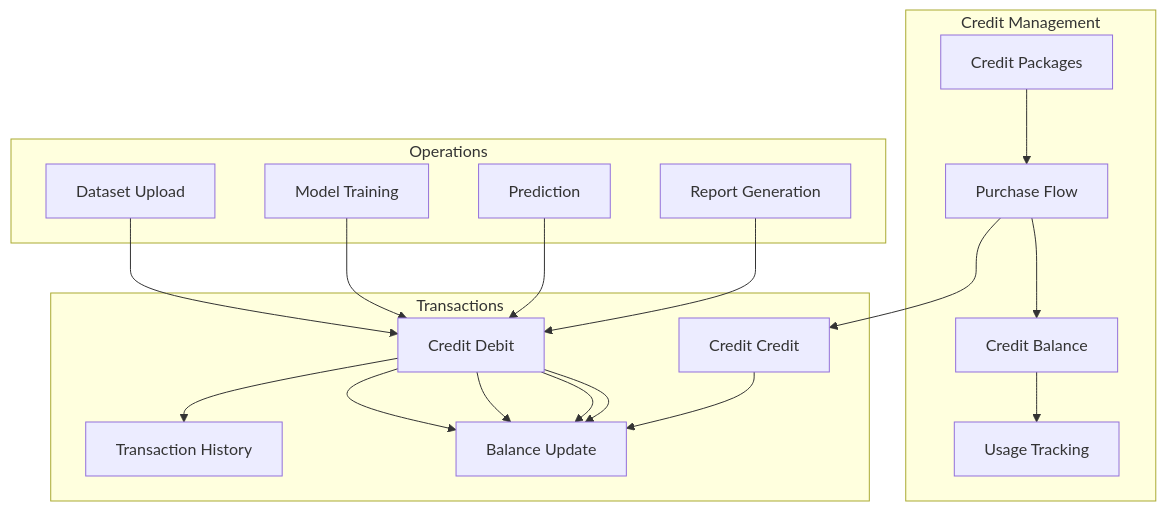
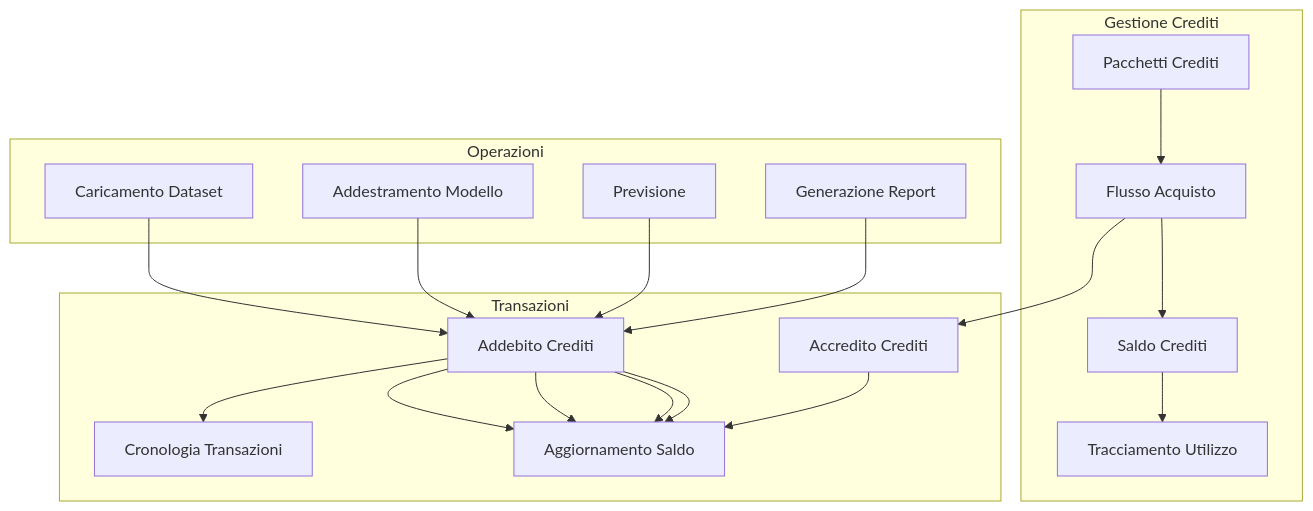
Before and after one commit to rosariomoscato/ValutAI: the seventh of 11 diagrams in ValutAI Tech Summary.md, drawn with Mermaid. The commit also changed other lines of this file and 3 other files, not shown here.

````diff
--- a/ValutAI Tech Summary.md
+++ b/ValutAI Tech Summary.md
@@ -412,31 +412,31 @@
 ```mermaid
 graph TD
-    subgraph "Credit Management"
-        A[Credit Packages]
-        B[Purchase Flow]
-        C[Credit Balance]
-        D[Usage Tracking]
+    subgraph "Gestione Crediti"
+        A[Pacchetti Crediti]
+        B[Flusso Acquisto]
+        C[Saldo Crediti]
+        D[Tracciamento Utilizzo]
     end
     
-    subgraph "Operations"
-        E[Dataset Upload]
-        F[Model Training]
-        G[Prediction]
-        H[Report Generation]
+    subgraph "Operazioni"
+        E[Caricamento Dataset]
+        F[Addestramento Modello]
+        G[Previsione]
+        H[Generazione Report]
     end
     
-    subgraph "Transactions"
-        I[Credit Debit]
-        J[Credit Credit]
-        K[Transaction History]
-        L[Balance Update]
+    subgraph "Transazioni"
+        I[Addebito Crediti]
+        J[Accredito Crediti]
+        K[Cronologia Transazioni]
+        L[Aggiornamento Saldo]
     end
     
     A --> B --> C --> D
     E --> I --> L
     F --> I --> L
     G --> I --> L
     H --> I --> L
     I --> K
     B --> J --> L
 ```
````
